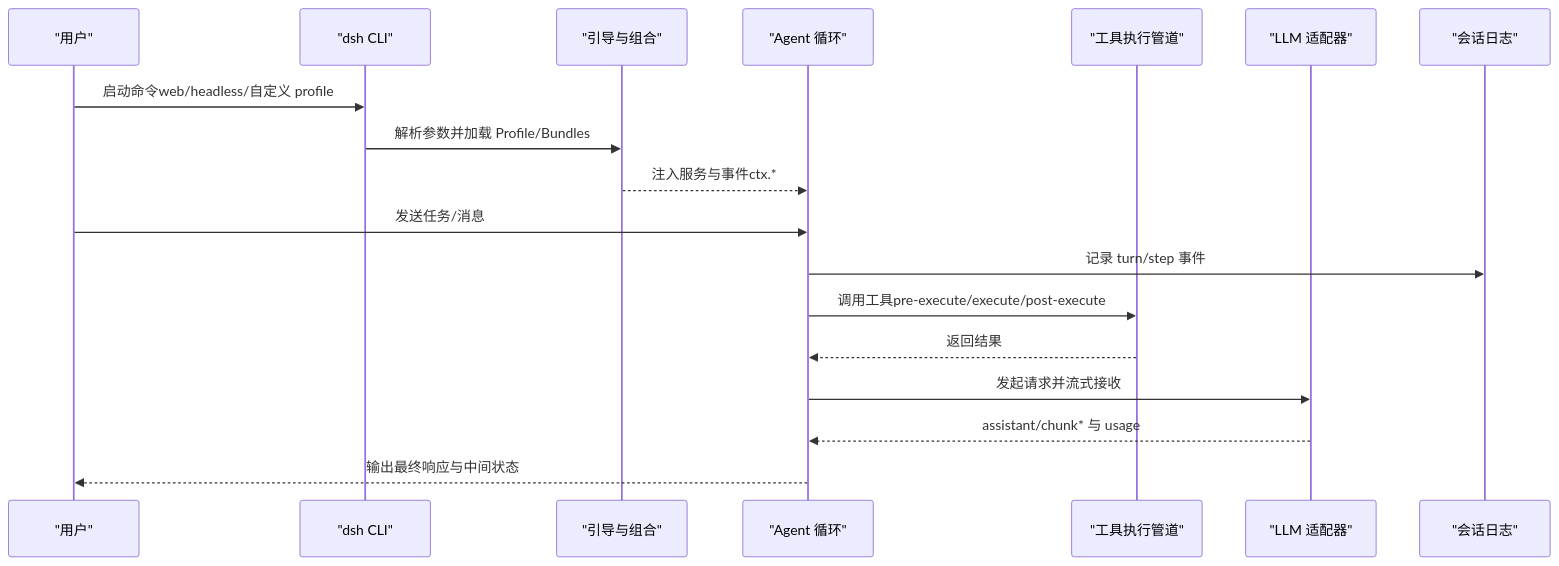
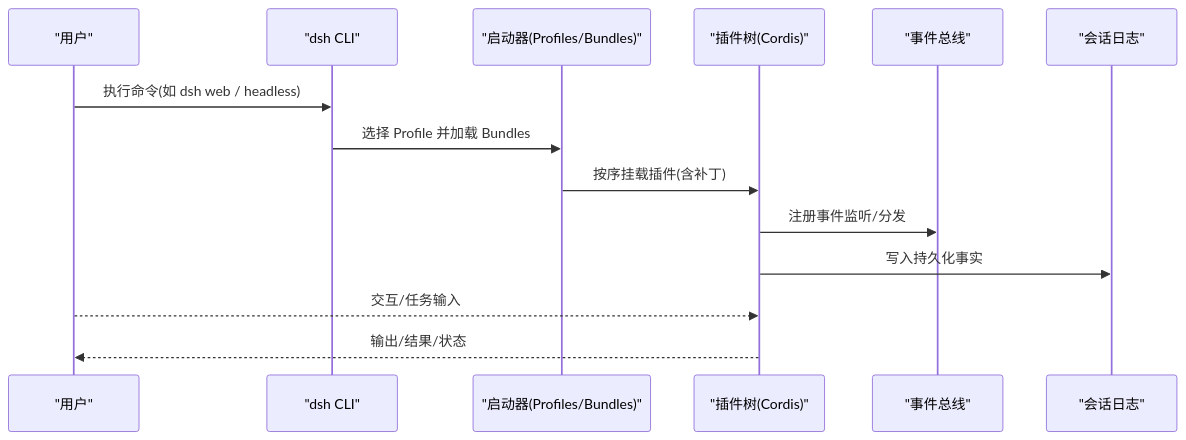
One commit to gongzili456/deepseek-harness changed the second of 7 diagrams in .qoder/repowiki/zh/content/项目概览/项目概览.md. Above: the diagram before and after it, drawn with Mermaid. The commit also changed other lines of this file and 1001 other files, not shown here.

````diff
--- a/.qoder/repowiki/zh/content/项目概览/项目概览.md
+++ b/.qoder/repowiki/zh/content/项目概览/项目概览.md
@@ -77,20 +87,16 @@
 ```mermaid
 sequenceDiagram
 participant U as "用户"
 participant CLI as "dsh CLI"
-participant BOOT as "引导与组合"
-participant AG as "Agent 循环"
-participant TOOLS as "工具执行管道"
-participant LLM as "LLM 适配器"
-participant SESS as "会话日志"
-U->>CLI : 启动命令web/headless/自定义 profile
-CLI->>BOOT : 解析参数并加载 Profile/Bundles
-BOOT-->>AG : 注入服务与事件ctx.*
-U->>AG : 发送任务/消息
-AG->>SESS : 记录 turn/step 事件
-AG->>TOOLS : 调用工具pre-execute/execute/post-execute
-TOOLS-->>AG : 返回结果
-AG->>LLM : 发起请求并流式接收
-LLM-->>AG : assistant/chunk* 与 usage
-AG-->>U : 输出最终响应与中间状态
+participant BOOT as "启动器(Profiles/Bundles)"
+participant PLUG as "插件树(Cordis)"
+participant EVT as "事件总线"
+participant LOG as "会话日志"
+U->>CLI : 执行命令(如 dsh web / headless)
+CLI->>BOOT : 选择 Profile 并加载 Bundles
+BOOT->>PLUG : 按序挂载插件(含补丁)
+PLUG->>EVT : 注册事件监听/分发
+PLUG->>LOG : 写入持久化事实
+U-->>PLUG : 交互/任务输入
+PLUG-->>U : 输出/结果/状态
 ```
````
